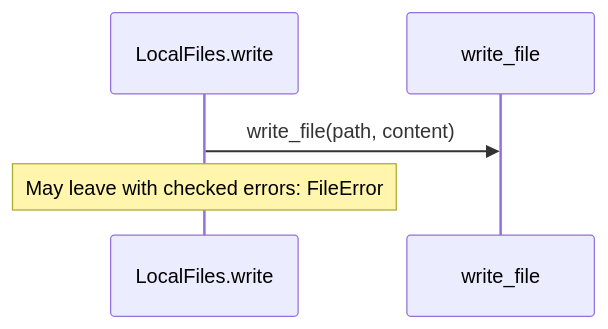
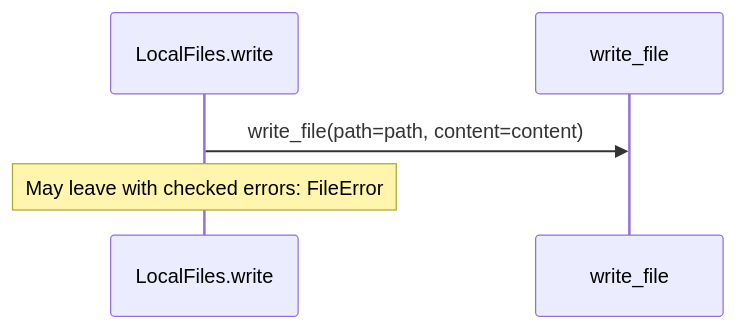
One commit to GreenPandaStudios/augscript changed the fourth of 5 diagrams in docs/examples/approved-design/dependencies/august/0.23.0/io/contracts-diagrams.md. Above: the diagram before and after it, drawn with Mermaid. The commit also changed other lines of this file and 524 other files, not shown here.

Commit message:
Explain checked data flow at folder and service levels

````diff
--- a/docs/examples/approved-design/dependencies/august/0.23.0/io/contracts-diagrams.md
+++ b/docs/examples/approved-design/dependencies/august/0.23.0/io/contracts-diagrams.md
@@ -154,7 +112,7 @@
 ```mermaid
 sequenceDiagram
     participant p0 as LocalFiles.write
     participant p1 as write_file
-    p0->>p1: write_file(path, content)
+    p0->>p1: write_file(path=path, content=content)
     Note over p0: May leave with checked errors: FileError
 ```
````
